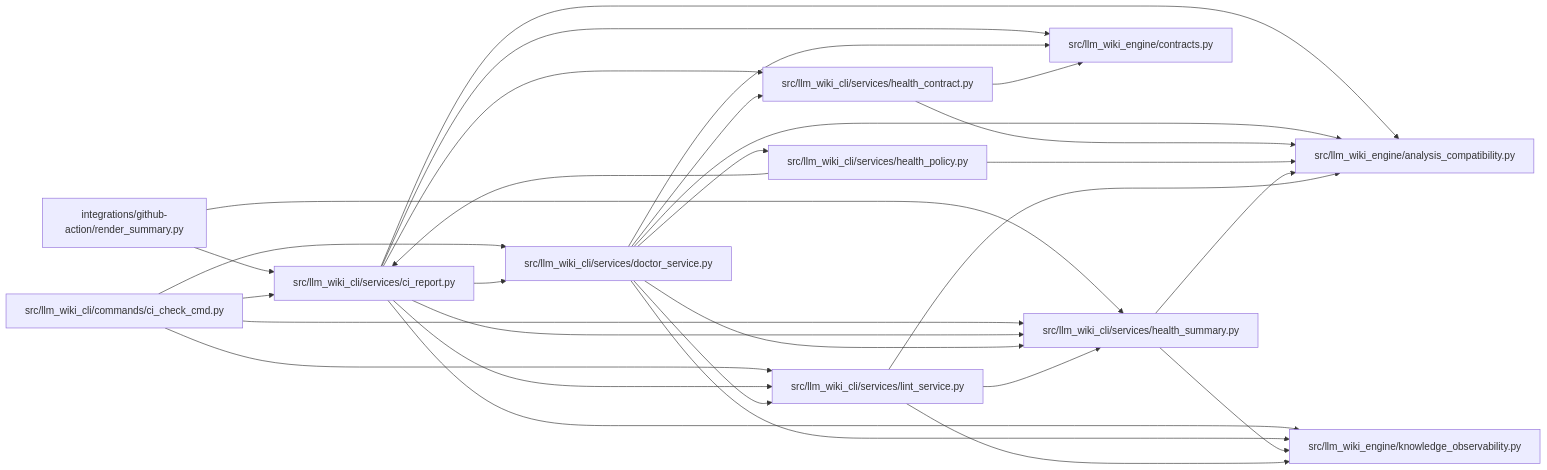
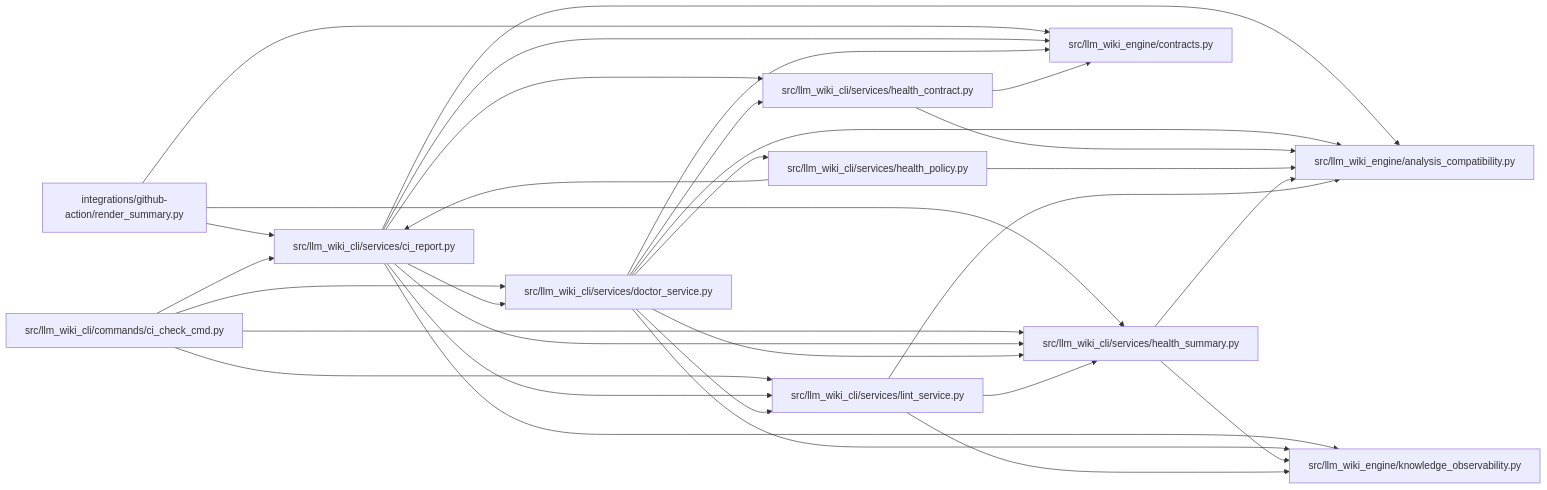
One commit to Denissvgn/python-wiki-llm changed the diagram in docs/llm_wiki/modules/ci_report.md. Above: the diagram before and after it, drawn with Mermaid. The commit also changed 509 other files, not shown here.

````diff
--- a/docs/llm_wiki/modules/ci_report.md
+++ b/docs/llm_wiki/modules/ci_report.md
@@ -44,54 +44,55 @@
 ```mermaid
 flowchart LR
     n0["integrations/github-action/render_summary.py"]
     n1["src/llm_wiki_cli/commands/ci_check_cmd.py"]
     n2["src/llm_wiki_cli/services/ci_report.py"]
     n3["src/llm_wiki_cli/services/doctor_service.py"]
     n4["src/llm_wiki_cli/services/health_contract.py"]
     n5["src/llm_wiki_cli/services/health_policy.py"]
     n6["src/llm_wiki_cli/services/health_summary.py"]
     n7["src/llm_wiki_cli/services/lint_service.py"]
     n8["src/llm_wiki_engine/analysis_compatibility.py"]
     n9["src/llm_wiki_engine/contracts.py"]
     n10["src/llm_wiki_engine/knowledge_observability.py"]
     n0 --> n2
     n0 --> n6
+    n0 --> n9
     n1 --> n2
     n1 --> n3
     n1 --> n6
     n1 --> n7
     n2 --> n3
     n2 --> n4
     n2 --> n6
     n2 --> n7
     n2 --> n8
     n2 --> n9
     n2 --> n10
     n3 --> n4
     n3 --> n5
     n3 --> n6
     n3 --> n7
     n3 --> n8
     n3 --> n9
     n3 --> n10
     n4 --> n8
     n4 --> n9
     n5 --> n2
     n5 --> n8
     n6 --> n8
     n6 --> n10
     n7 --> n6
     n7 --> n8
     n7 --> n10
     click n0 "../modules/render_summary.md"
     click n1 "../modules/ci_check_cmd.md"
     click n2 "../modules/ci_report.md"
     click n3 "../modules/doctor_service.md"
     click n4 "../modules/health_contract.md"
     click n5 "../modules/health_policy.md"
     click n6 "../modules/health_summary.md"
     click n7 "../modules/lint_service.md"
     click n8 "../modules/analysis_compatibility.md"
     click n9 "../modules/llm_wiki_engine_contracts.md"
     click n10 "../modules/knowledge_observability.md"
 ```
````
